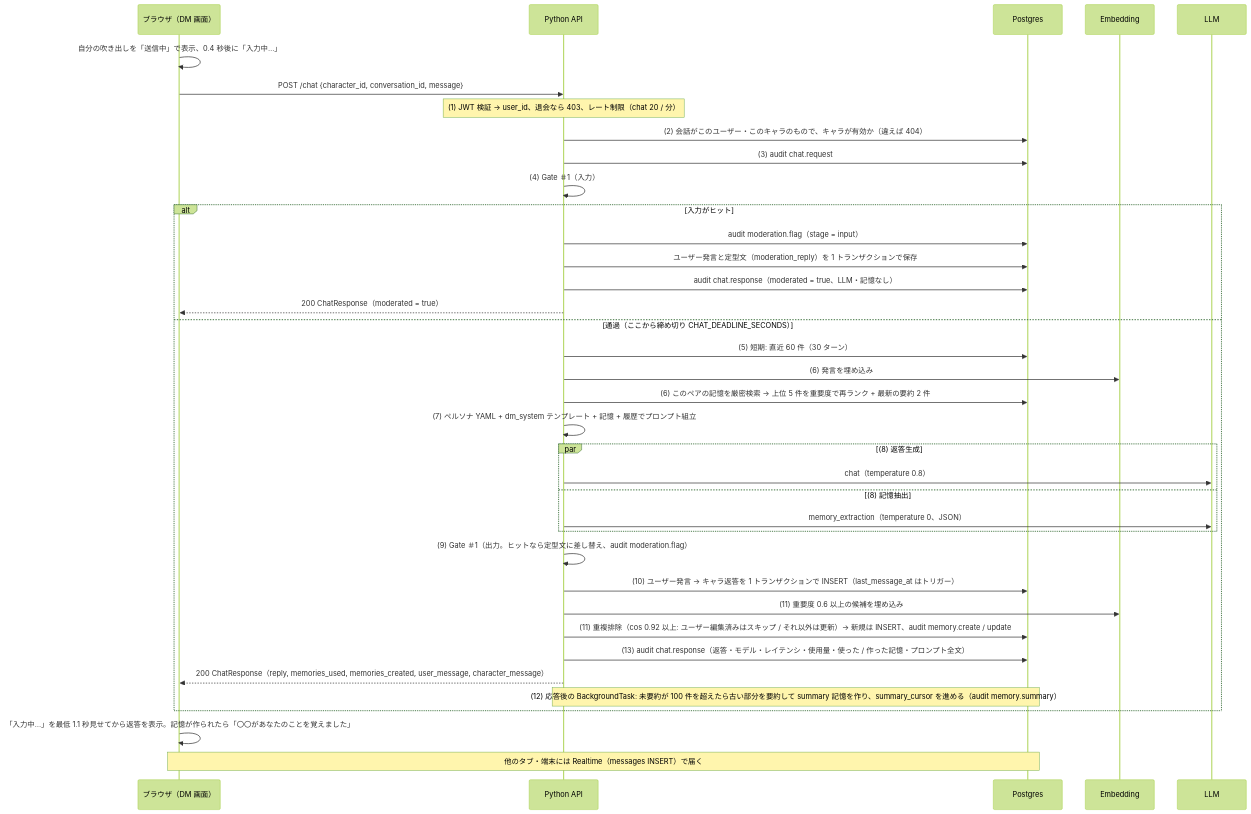
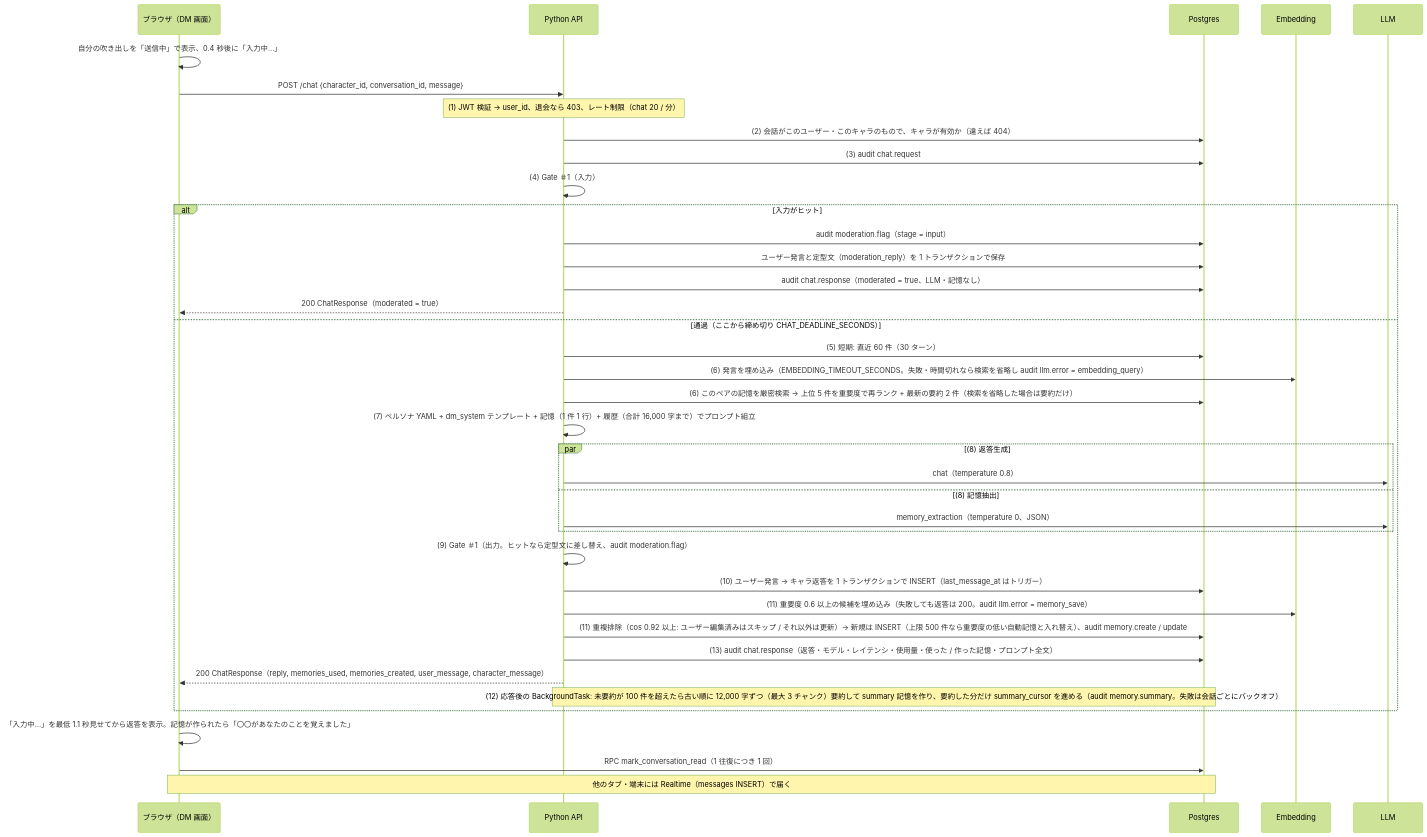
The sixth of 8 diagrams in docs/handover/02-data-flow.md (tasuku-kobayashi/everkano), drawn with Mermaid (forest theme) before and after one commit. The commit also changed other lines of this file and 91 other files, not shown here.

````diff
--- a/docs/handover/02-data-flow.md
+++ b/docs/handover/02-data-flow.md
@@ -174,39 +194,40 @@
 ```mermaid
 sequenceDiagram
   participant B as ブラウザ（DM 画面）
   participant API as Python API
   participant DB as Postgres
   participant E as Embedding
   participant L as LLM
   B->>B: 自分の吹き出しを「送信中」で表示、0.4 秒後に「入力中…」
   B->>API: POST /chat {character_id, conversation_id, message}
   Note over API: (1) JWT 検証 → user_id、退会なら 403、レート制限（chat 20 / 分）
   API->>DB: (2) 会話がこのユーザー・このキャラのもので、キャラが有効か（違えば 404）
   API->>DB: (3) audit chat.request
   API->>API: (4) Gate ＃1（入力）
   alt 入力がヒット
     API->>DB: audit moderation.flag（stage = input）
     API->>DB: ユーザー発言と定型文（moderation_reply）を 1 トランザクションで保存
     API->>DB: audit chat.response（moderated = true、LLM・記憶なし）
     API-->>B: 200 ChatResponse（moderated = true）
   else 通過（ここから締め切り CHAT_DEADLINE_SECONDS）
     API->>DB: (5) 短期: 直近 60 件（30 ターン）
-    API->>E: (6) 発言を埋め込み
-    API->>DB: (6) このペアの記憶を厳密検索 → 上位 5 件を重要度で再ランク + 最新の要約 2 件
-    API->>API: (7) ペルソナ YAML + dm_system テンプレート + 記憶 + 履歴でプロンプト組立
+    API->>E: (6) 発言を埋め込み（EMBEDDING_TIMEOUT_SECONDS。失敗・時間切れなら検索を省略し audit llm.error = embedding_query）
+    API->>DB: (6) このペアの記憶を厳密検索 → 上位 5 件を重要度で再ランク + 最新の要約 2 件（検索を省略した場合は要約だけ）
+    API->>API: (7) ペルソナ YAML + dm_system テンプレート + 記憶（1 件 1 行）+ 履歴（合計 16,000 字まで）でプロンプト組立
     par (8) 返答生成
       API->>L: chat（temperature 0.8）
     and (8) 記憶抽出
       API->>L: memory_extraction（temperature 0、JSON）
     end
     API->>API: (9) Gate ＃1（出力。ヒットなら定型文に差し替え、audit moderation.flag）
     API->>DB: (10) ユーザー発言 → キャラ返答を 1 トランザクションで INSERT（last_message_at はトリガー）
-    API->>E: (11) 重要度 0.6 以上の候補を埋め込み
-    API->>DB: (11) 重複排除（cos 0.92 以上: ユーザー編集済みはスキップ / それ以外は更新）→ 新規は INSERT、audit memory.create / update
+    API->>E: (11) 重要度 0.6 以上の候補を埋め込み（失敗しても返答は 200。audit llm.error = memory_save）
+    API->>DB: (11) 重複排除（cos 0.92 以上: ユーザー編集済みはスキップ / それ以外は更新）→ 新規は INSERT（上限 500 件なら重要度の低い自動記憶と入れ替え）、audit memory.create / update
     API->>DB: (13) audit chat.response（返答・モデル・レイテンシ・使用量・使った / 作った記憶・プロンプト全文）
     API-->>B: 200 ChatResponse（reply, memories_used, memories_created, user_message, character_message）
-    Note over API,DB: (12) 応答後の BackgroundTask: 未要約が 100 件を超えたら古い部分を要約して summary 記憶を作り、summary_cursor を進める（audit memory.summary）
+    Note over API,DB: (12) 応答後の BackgroundTask: 未要約が 100 件を超えたら古い順に 12,000 字ずつ（最大 3 チャンク）要約して summary 記憶を作り、要約した分だけ summary_cursor を進める（audit memory.summary。失敗は会話ごとにバックオフ）
   end
   B->>B: 「入力中…」を最低 1.1 秒見せてから返答を表示。記憶が作られたら「〇〇があなたのことを覚えました」
+  B->>DB: RPC mark_conversation_read（1 往復につき 1 回）
   Note over B,DB: 他のタブ・端末には Realtime（messages INSERT）で届く
 ```
````
